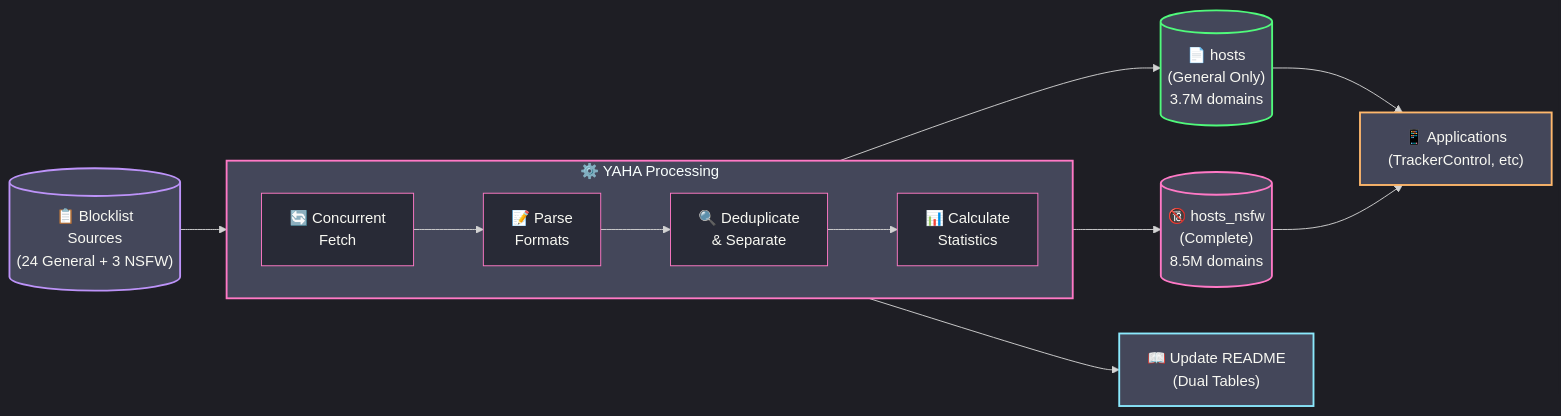
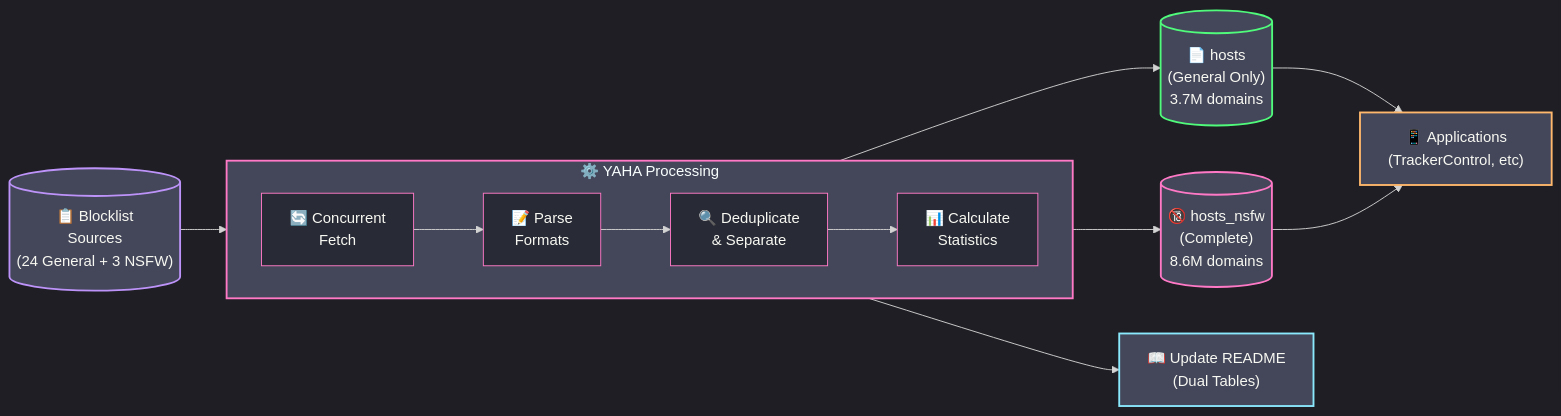
Before and after one commit to scottdraper8/yaha: the diagram in README.md, drawn with Mermaid. The commit also changed other lines of this file, not shown here.

Commit message:
Update blocklist stats: 3716432 general / 8556131 with NSFW [automated]

````diff
--- a/README.md
+++ b/README.md
@@ -42,35 +42,35 @@
 ```mermaid
 %%{init: {'theme': 'dark', 'themeVariables': {
     'primaryColor': '#ff79c6',
     'secondaryColor': '#bd93f9',
     'tertiaryColor': '#44475a',
     'mainBkg': '#282a36',
     'nodeBorder': '#ff79c6',
     'clusterBkg': '#44475a',
     'clusterBorder': '#bd93f9',
     'textColor': '#f8f8f2'
 }}}%%
 flowchart LR
     Sources[("📋 Blocklist<br/>Sources<br/>(24 General + 3 NSFW)")] --> Fetch
 
     subgraph Process["⚙️ YAHA Processing"]
         direction LR
         Fetch["🔄 Concurrent<br/>Fetch"] --> Parse["📝 Parse<br/>Formats"]
         Parse --> Dedupe["🔍 Deduplicate<br/>& Separate"]
         Dedupe --> Stats["📊 Calculate<br/>Statistics"]
     end
 
     Stats --> Output1[("📄 hosts<br/>(General Only)<br/>3.7M domains")]
-    Stats --> Output2[("🔞 hosts_nsfw<br/>(Complete)<br/>8.5M domains")]
+    Stats --> Output2[("🔞 hosts_nsfw<br/>(Complete)<br/>8.6M domains")]
     Stats --> README["📖 Update README<br/>(Dual Tables)"]
 
     Output1 --> Apps["📱 Applications<br/>(TrackerControl, etc)"]
     Output2 --> Apps
 
     style Sources fill:#44475a,stroke:#bd93f9,stroke-width:2px
     style Process fill:#44475a,stroke:#ff79c6,stroke-width:2px
     style Output1 fill:#44475a,stroke:#50fa7b,stroke-width:2px
     style Output2 fill:#44475a,stroke:#ff79c6,stroke-width:2px
     style README fill:#44475a,stroke:#8be9fd,stroke-width:2px
     style Apps fill:#44475a,stroke:#ffb86c,stroke-width:2px
 ```
````
